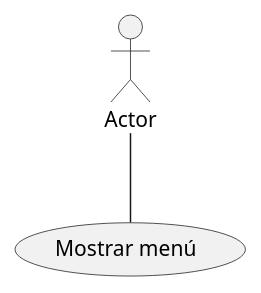
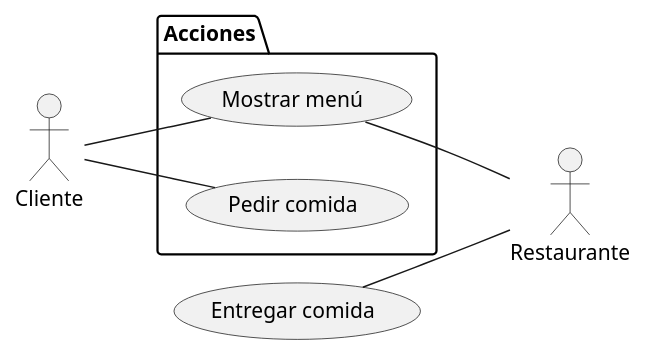
One commit to CrisMH1/ChristianM_UML changed the diagram in Casos_de_uso.puml. Above: the diagram before and after it, drawn with PlantUML.

```diff
--- a/Casos_de_uso.puml
+++ b/Casos_de_uso.puml
@@ -1,8 +1,17 @@
 @startuml
 'https://plantuml.com/class-diagram
 
-:Actor: -- (Mostrar menú)
+left to right direction
+package Acciones{
+usecase "Mostrar menú" as menu
+usecase "Pedir comida" as pedir
 
+}
+
+:Cliente: -- menu
+:Cliente: -- pedir
+ (Entregar comida)-- :Restaurante:
+ menu -- :Restaurante:
 
 
 @enduml
```
